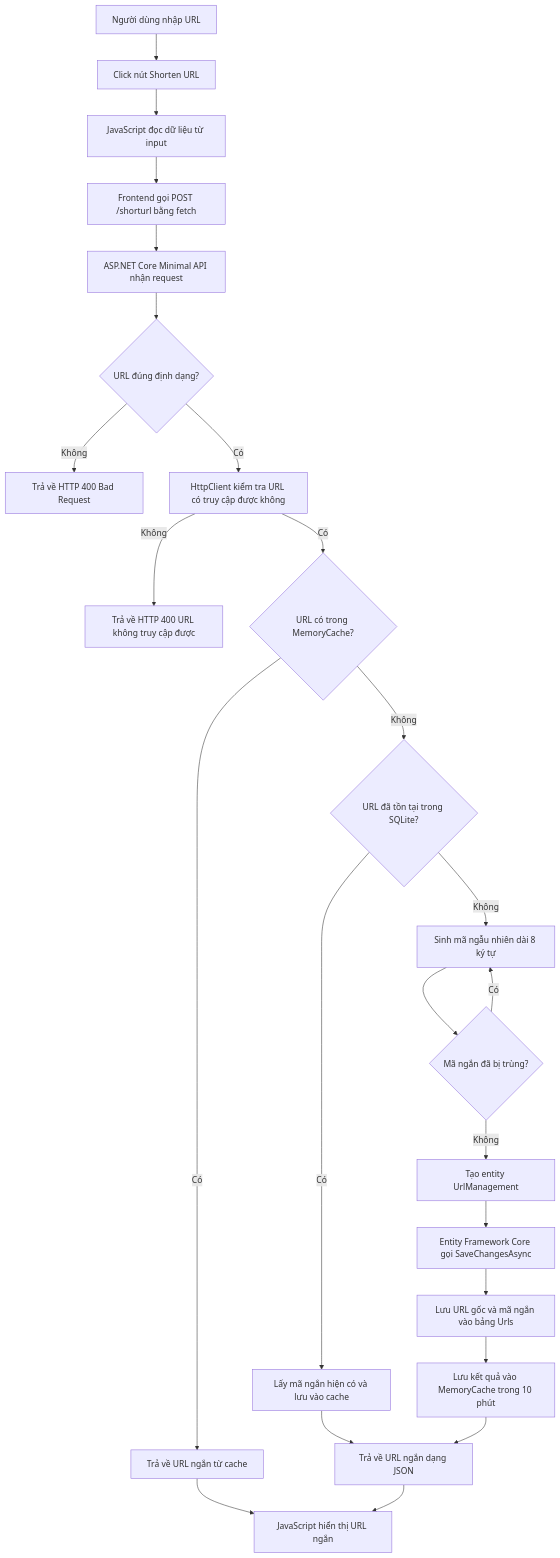
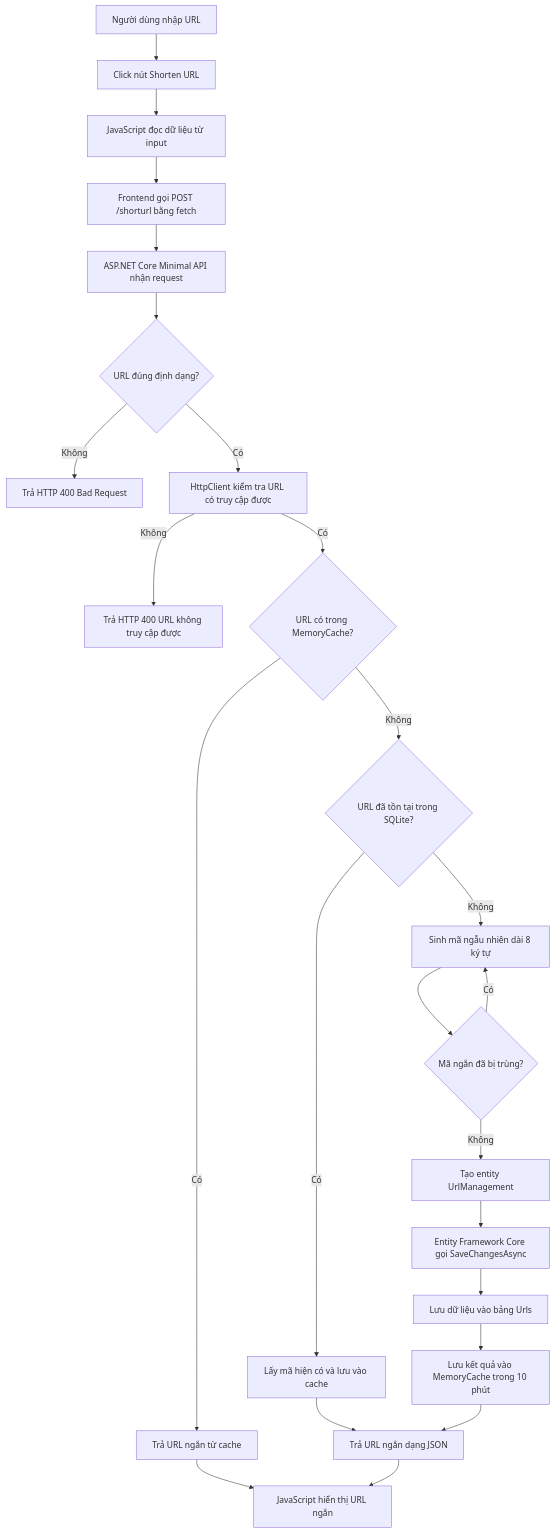
One commit to trandinhthong7/UrlShort-AMD201 changed the first of 4 diagrams in README.md. Above: the diagram before and after it, drawn with Mermaid. The commit also changed other lines of this file, not shown here.

Commit message:
Fix Mermaid diagram parsing errors in README

````diff
--- a/README.md
+++ b/README.md
@@ -116,26 +111,26 @@
 ```mermaid
 flowchart TD
-    A[Người dùng nhập URL] --> B[Click nút Shorten URL]
-    B --> C[JavaScript đọc dữ liệu từ input]
-    C --> D[Frontend gọi POST /shorturl bằng fetch]
-    D --> E[ASP.NET Core Minimal API nhận request]
-    E --> F{URL đúng định dạng?}
-    F -- Không --> G[Trả về HTTP 400 Bad Request]
-    F -- Có --> H[HttpClient kiểm tra URL có truy cập được không]
-    H -- Không --> I[Trả về HTTP 400 URL không truy cập được]
-    H -- Có --> J{URL có trong MemoryCache?}
-    J -- Có --> K[Trả về URL ngắn từ cache]
-    J -- Không --> L{URL đã tồn tại trong SQLite?}
-    L -- Có --> M[Lấy mã ngắn hiện có và lưu vào cache]
-    M --> N[Trả về URL ngắn dạng JSON]
-    L -- Không --> O[Sinh mã ngẫu nhiên dài 8 ký tự]
-    O --> P{Mã ngắn đã bị trùng?}
-    P -- Có --> O
-    P -- Không --> Q[Tạo entity UrlManagement]
-    Q --> R[Entity Framework Core gọi SaveChangesAsync]
-    R --> S[Lưu URL gốc và mã ngắn vào bảng Urls]
-    S --> T[Lưu kết quả vào MemoryCache trong 10 phút]
+    A["Người dùng nhập URL"] --> B["Click nút Shorten URL"]
+    B --> C["JavaScript đọc dữ liệu từ input"]
+    C --> D["Frontend gọi POST /shorturl bằng fetch"]
+    D --> E["ASP.NET Core Minimal API nhận request"]
+    E --> F{"URL đúng định dạng?"}
+    F -- "Không" --> G["Trả HTTP 400 Bad Request"]
+    F -- "Có" --> H["HttpClient kiểm tra URL có truy cập được"]
+    H -- "Không" --> I["Trả HTTP 400 URL không truy cập được"]
+    H -- "Có" --> J{"URL có trong MemoryCache?"}
+    J -- "Có" --> K["Trả URL ngắn từ cache"]
+    J -- "Không" --> L{"URL đã tồn tại trong SQLite?"}
+    L -- "Có" --> M["Lấy mã hiện có và lưu vào cache"]
+    M --> N["Trả URL ngắn dạng JSON"]
+    L -- "Không" --> O["Sinh mã ngẫu nhiên dài 8 ký tự"]
+    O --> P{"Mã ngắn đã bị trùng?"}
+    P -- "Có" --> O
+    P -- "Không" --> Q["Tạo entity UrlManagement"]
+    Q --> R["Entity Framework Core gọi SaveChangesAsync"]
+    R --> S["Lưu dữ liệu vào bảng Urls"]
+    S --> T["Lưu kết quả vào MemoryCache trong 10 phút"]
     T --> N
-    K --> U[JavaScript hiển thị URL ngắn]
+    K --> U["JavaScript hiển thị URL ngắn"]
     N --> U
 ```
````
